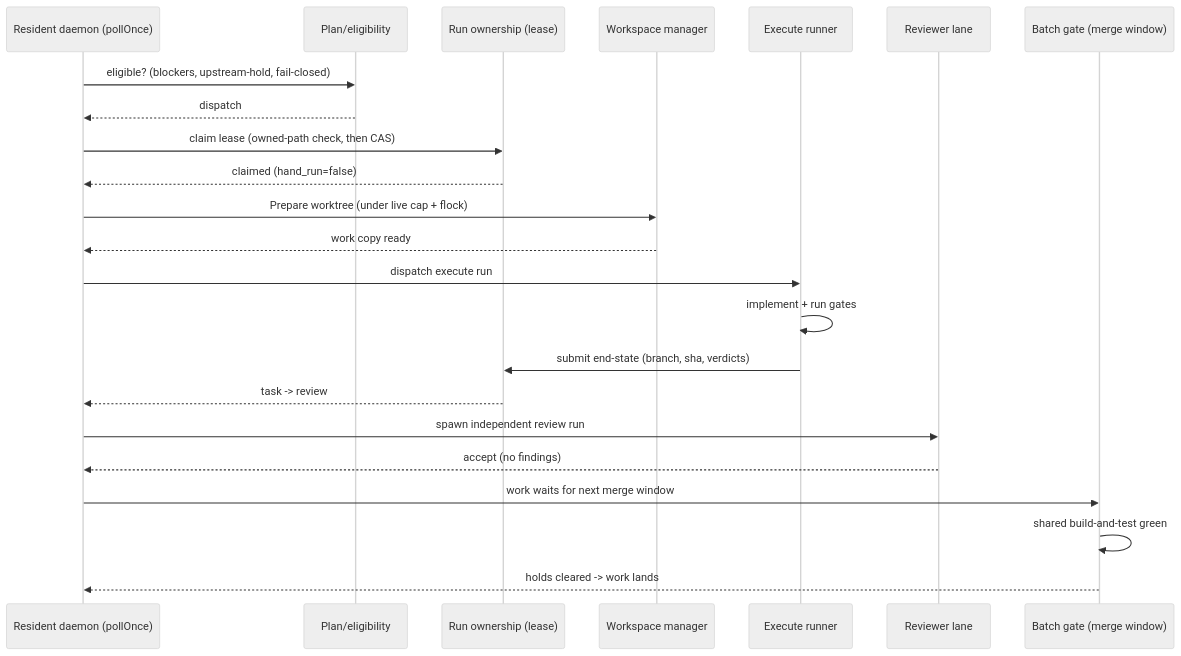
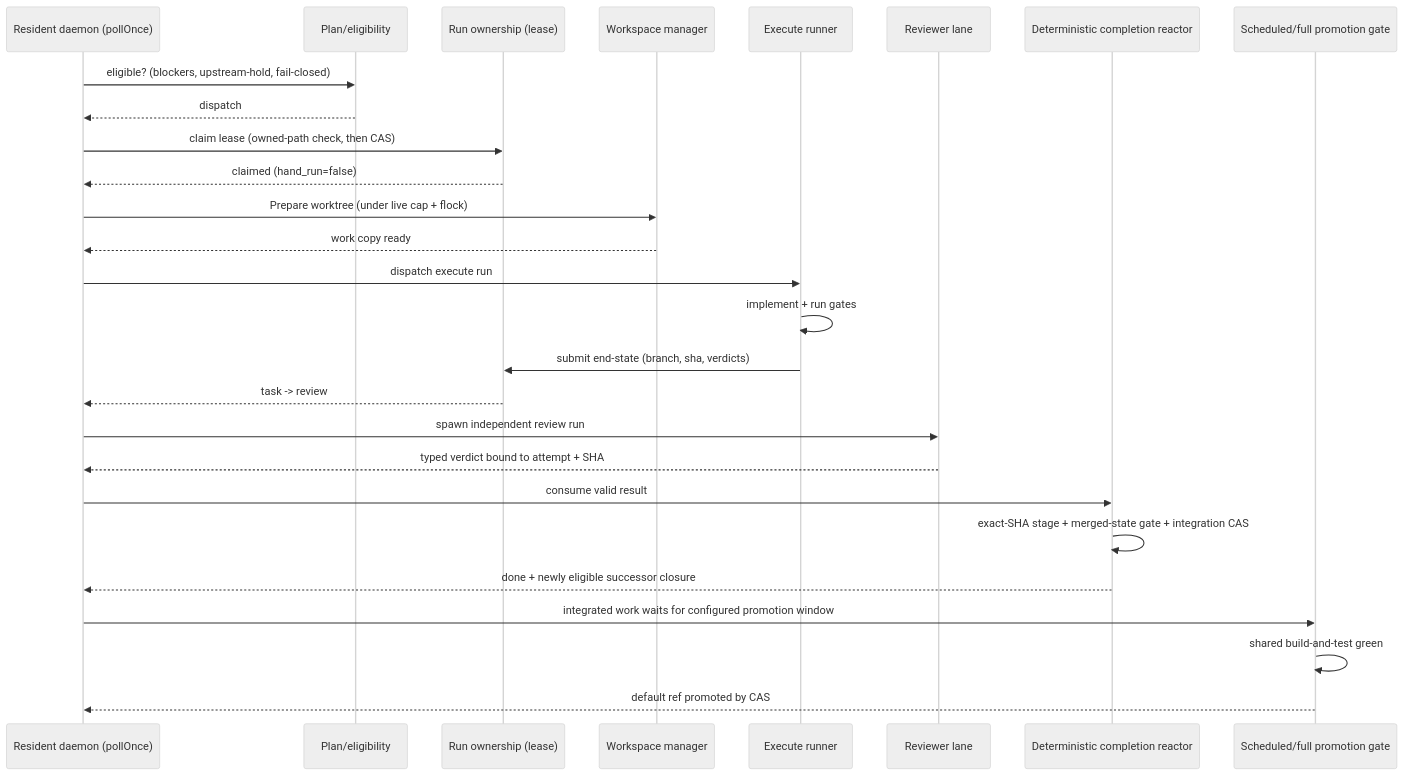
Before and after one commit to srv1n/tusker: the first of 2 diagrams in docs/system/orchestration.md, drawn with Mermaid (neutral theme). The commit also changed other lines of this file and 18 other files, not shown here.

````diff
--- a/docs/system/orchestration.md
+++ b/docs/system/orchestration.md
@@ -150,25 +161,29 @@
 ```mermaid
 sequenceDiagram
     participant D as Resident daemon (pollOnce)
     participant P as Plan/eligibility
     participant O as Run ownership (lease)
     participant W as Workspace manager
     participant R as Execute runner
     participant V as Reviewer lane
-    participant G as Batch gate (merge window)
+    participant C as Deterministic completion reactor
+    participant G as Scheduled/full promotion gate
     D->>P: eligible? (blockers, upstream-hold, fail-closed)
     P-->>D: dispatch
     D->>O: claim lease (owned-path check, then CAS)
     O-->>D: claimed (hand_run=false)
     D->>W: Prepare worktree (under live cap + flock)
     W-->>D: work copy ready
     D->>R: dispatch execute run
     R->>R: implement + run gates
     R->>O: submit end-state (branch, sha, verdicts)
     O-->>D: task -> review
     D->>V: spawn independent review run
-    V-->>D: accept (no findings)
-    D->>G: work waits for next merge window
+    V-->>D: typed verdict bound to attempt + SHA
+    D->>C: consume valid result
+    C->>C: exact-SHA stage + merged-state gate + integration CAS
+    C-->>D: done + newly eligible successor closure
+    D->>G: integrated work waits for configured promotion window
     G->>G: shared build-and-test green
-    G-->>D: holds cleared -> work lands
+    G-->>D: default ref promoted by CAS
 ```
````
